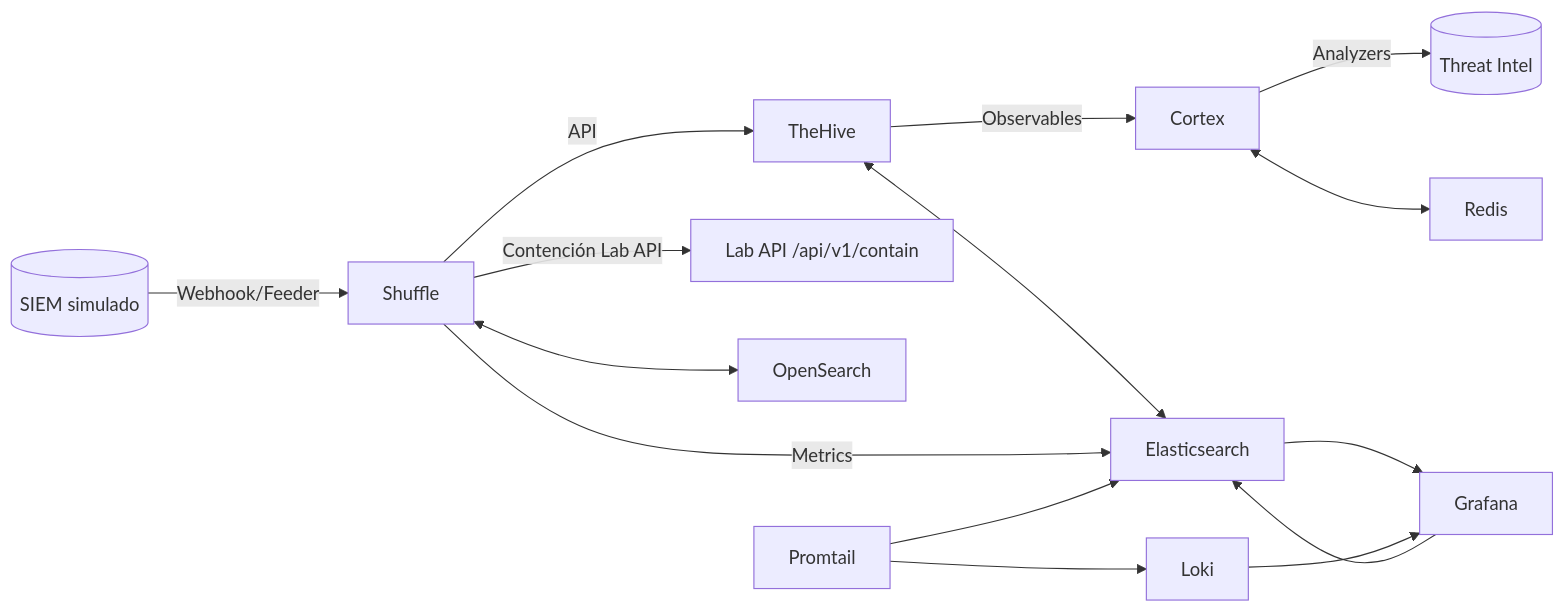
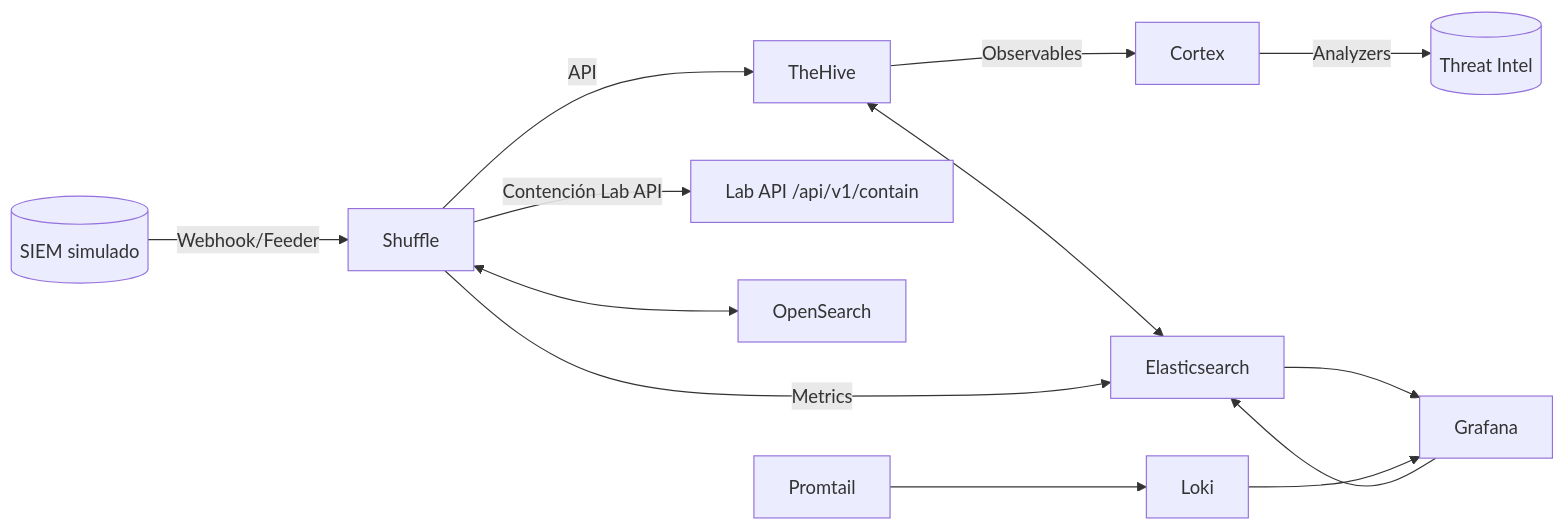
One commit to alesanfe/soar-ransomware-lab changed the first of 12 diagrams in docs/thesis/appendix_f.md. Above: the diagram before and after it, drawn with Mermaid. The commit also changed other lines of this file, not shown here.

````diff
--- a/docs/thesis/appendix_f.md
+++ b/docs/thesis/appendix_f.md
@@ -15,17 +15,15 @@
 ```mermaid
 flowchart LR
   SIEM[(SIEM simulado)] -- Webhook/Feeder --> Shuffle
   Shuffle -- API --> TheHive
   TheHive -- Observables --> Cortex
   Cortex -- Analyzers --> TI[(Threat Intel)]
   Shuffle -- Contención Lab API --> API[Lab API /api/v1/contain]
   TheHive <--> Elasticsearch
-  Cortex <--> Redis
   Shuffle <--> OpenSearch[OpenSearch]
   Shuffle -- Metrics --> Elasticsearch
   Elasticsearch --> Grafana[Grafana]
   Promtail[Promtail] --> Loki[Loki]
   Loki --> Grafana
-  Promtail --> Elasticsearch
   Grafana --> Elasticsearch
 ```
````
